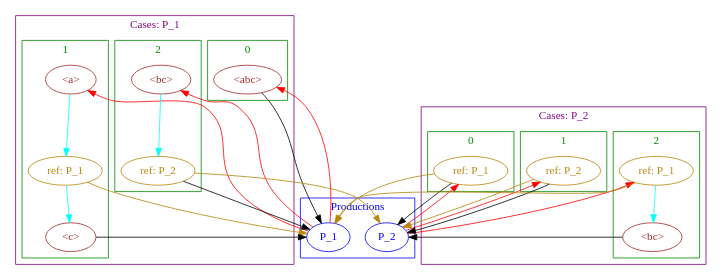
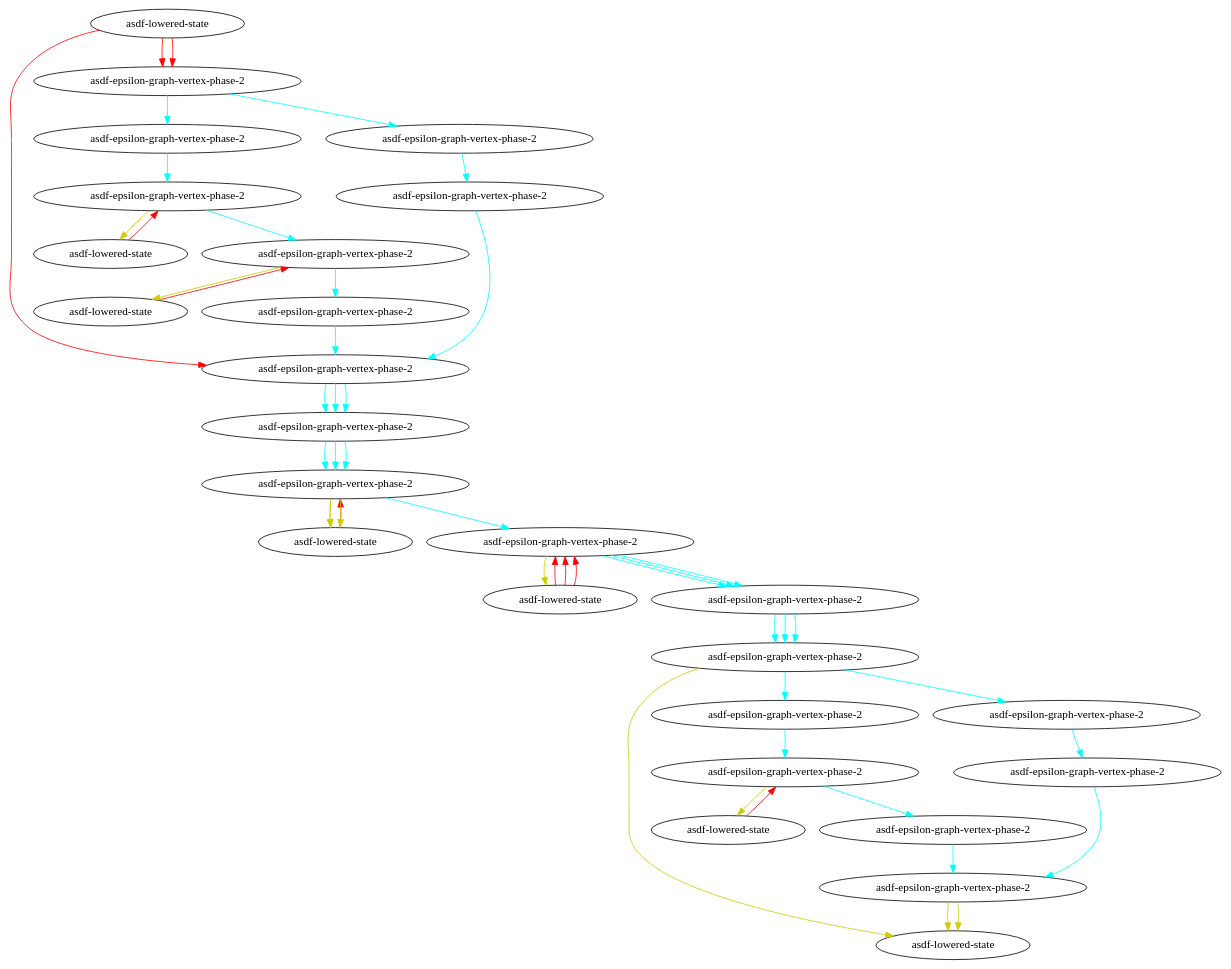
Before and after one commit to cosmicexplorer/simultaneous-productions: the diagram in graphviz-test-new.dot, drawn with Graphviz. The commit also changed 4 other files, not shown here.

Commit message:
initial impl of graphviz for PreprocessedGrammar

```diff
--- a/graphviz-test-new.dot
+++ b/graphviz-test-new.dot
@@ -1,142 +1,151 @@
-digraph test_sp_graph {
+digraph test_graph {
   compound = true;
 
-  subgraph prods {
-    label = "Productions";
-    cluster = true;
-    rank = same;
+  lowered_state_0[label="asdf-lowered-state", ];
 
-    color = "blue";
-    fontcolor = "blue";
-    node [color="blue", fontcolor="blue", ];
+  lowered_state_1[label="asdf-lowered-state", ];
 
-    prod_P_1[label="P_1", ];
-    prod_P_2[label="P_2", ];
-  }
+  lowered_state_2[label="asdf-lowered-state", ];
 
-  subgraph P_1_prod {
-    label = "Cases: P_1";
-    cluster = true;
-    rank = same;
+  lowered_state_3[label="asdf-lowered-state", ];
 
-    color = "purple";
-    fontcolor = "purple";
+  lowered_state_4[label="asdf-lowered-state", ];
 
-    subgraph P_1_case_0 {
-      label = "0";
-      cluster = true;
-      rank = same;
+  lowered_state_5[label="asdf-lowered-state", ];
 
-      color = "green4";
-      fontcolor = "green4";
+  lowered_state_6[label="asdf-lowered-state", ];
 
-      vertex_0[label="<abc>", color="brown", fontcolor="brown", ];
-    }
-    subgraph P_1_case_1 {
-      label = "1";
-      cluster = true;
-      rank = same;
+  epsilon_graph_vertex_phase_2_0[label="asdf-epsilon-graph-vertex-phase-2", ];
 
-      color = "green4";
-      fontcolor = "green4";
+  epsilon_graph_vertex_phase_2_1[label="asdf-epsilon-graph-vertex-phase-2", ];
 
-      vertex_1[label="<a>", color="brown", fontcolor="brown", ];
-      vertex_2[label="ref: P_1", color="darkgoldenrod", fontcolor="darkgoldenrod", ];
-      vertex_3[label="<c>", color="brown", fontcolor="brown", ];
-    }
-    subgraph P_1_case_2 {
-      label = "2";
-      cluster = true;
-      rank = same;
+  epsilon_graph_vertex_phase_2_2[label="asdf-epsilon-graph-vertex-phase-2", ];
 
-      color = "green4";
-      fontcolor = "green4";
+  epsilon_graph_vertex_phase_2_3[label="asdf-epsilon-graph-vertex-phase-2", ];
 
-      vertex_4[label="<bc>", color="brown", fontcolor="brown", ];
-      vertex_5[label="ref: P_2", color="darkgoldenrod", fontcolor="darkgoldenrod", ];
-    }
-  }
+  epsilon_graph_vertex_phase_2_4[label="asdf-epsilon-graph-vertex-phase-2", ];
 
-  prod_P_1 -> vertex_0[color="red", ];
+  epsilon_graph_vertex_phase_2_5[label="asdf-epsilon-graph-vertex-phase-2", ];
 
-  vertex_0 -> prod_P_1[color="black", ];
+  epsilon_graph_vertex_phase_2_6[label="asdf-epsilon-graph-vertex-phase-2", ];
 
-  prod_P_1 -> vertex_1[color="red", ];
+  epsilon_graph_vertex_phase_2_7[label="asdf-epsilon-graph-vertex-phase-2", ];
 
-  vertex_2 -> prod_P_1[color="darkgoldenrod", ];
+  epsilon_graph_vertex_phase_2_8[label="asdf-epsilon-graph-vertex-phase-2", ];
 
-  vertex_1 -> vertex_2[color="aqua", ];
+  epsilon_graph_vertex_phase_2_9[label="asdf-epsilon-graph-vertex-phase-2", ];
 
-  vertex_2 -> vertex_3[color="aqua", ];
+  epsilon_graph_vertex_phase_2_10[label="asdf-epsilon-graph-vertex-phase-2", ];
 
-  vertex_3 -> prod_P_1[color="black", ];
+  epsilon_graph_vertex_phase_2_11[label="asdf-epsilon-graph-vertex-phase-2", ];
 
-  prod_P_1 -> vertex_4[color="red", ];
+  epsilon_graph_vertex_phase_2_12[label="asdf-epsilon-graph-vertex-phase-2", ];
 
-  vertex_5 -> prod_P_2[color="darkgoldenrod", ];
+  epsilon_graph_vertex_phase_2_13[label="asdf-epsilon-graph-vertex-phase-2", ];
 
-  vertex_4 -> vertex_5[color="aqua", ];
+  epsilon_graph_vertex_phase_2_14[label="asdf-epsilon-graph-vertex-phase-2", ];
 
-  vertex_5 -> prod_P_1[color="black", ];
+  epsilon_graph_vertex_phase_2_15[label="asdf-epsilon-graph-vertex-phase-2", ];
 
-  subgraph P_2_prod {
-    label = "Cases: P_2";
-    cluster = true;
-    rank = same;
+  epsilon_graph_vertex_phase_2_16[label="asdf-epsilon-graph-vertex-phase-2", ];
 
-    color = "purple";
-    fontcolor = "purple";
+  epsilon_graph_vertex_phase_2_17[label="asdf-epsilon-graph-vertex-phase-2", ];
 
-    subgraph P_2_case_0 {
-      label = "0";
-      cluster = true;
-      rank = same;
+  epsilon_graph_vertex_phase_2_18[label="asdf-epsilon-graph-vertex-phase-2", ];
 
-      color = "green4";
-      fontcolor = "green4";
+  lowered_state_0 -> epsilon_graph_vertex_phase_2_0[color="red", ];
 
-      vertex_6[label="ref: P_1", color="darkgoldenrod", fontcolor="darkgoldenrod", ];
-    }
-    subgraph P_2_case_1 {
-      label = "1";
-      cluster = true;
-      rank = same;
+  epsilon_graph_vertex_phase_2_0 -> epsilon_graph_vertex_phase_2_1[color="aqua", ];
 
-      color = "green4";
-      fontcolor = "green4";
+  epsilon_graph_vertex_phase_2_1 -> epsilon_graph_vertex_phase_2_2[color="aqua", ];
 
-      vertex_7[label="ref: P_2", color="darkgoldenrod", fontcolor="darkgoldenrod", ];
-    }
-    subgraph P_2_case_2 {
-      label = "2";
-      cluster = true;
-      rank = same;
+  epsilon_graph_vertex_phase_2_2 -> lowered_state_1[color="yellow3", ];
 
-      color = "green4";
-      fontcolor = "green4";
+  lowered_state_0 -> epsilon_graph_vertex_phase_2_3[color="red", ];
 
-      vertex_8[label="ref: P_1", color="darkgoldenrod", fontcolor="darkgoldenrod", ];
-      vertex_9[label="<bc>", color="brown", fontcolor="brown", ];
-    }
-  }
+  epsilon_graph_vertex_phase_2_3 -> epsilon_graph_vertex_phase_2_4[color="aqua", ];
 
-  vertex_6 -> prod_P_1[color="darkgoldenrod", ];
+  epsilon_graph_vertex_phase_2_4 -> epsilon_graph_vertex_phase_2_5[color="aqua", ];
 
-  prod_P_2 -> vertex_6[color="red", ];
+  epsilon_graph_vertex_phase_2_5 -> lowered_state_2[color="yellow3", ];
 
-  vertex_6 -> prod_P_2[color="black", ];
+  lowered_state_1 -> epsilon_graph_vertex_phase_2_2[color="red", ];
 
-  vertex_7 -> prod_P_2[color="darkgoldenrod", ];
+  epsilon_graph_vertex_phase_2_2 -> epsilon_graph_vertex_phase_2_6[color="aqua", ];
 
-  prod_P_2 -> vertex_7[color="red", ];
+  epsilon_graph_vertex_phase_2_6 -> lowered_state_3[color="yellow3", ];
 
-  vertex_7 -> prod_P_2[color="black", ];
+  lowered_state_2 -> epsilon_graph_vertex_phase_2_5[color="red", ];
 
-  vertex_8 -> prod_P_1[color="darkgoldenrod", ];
+  epsilon_graph_vertex_phase_2_5 -> epsilon_graph_vertex_phase_2_7[color="aqua", ];
 
-  prod_P_2 -> vertex_8[color="red", ];
+  epsilon_graph_vertex_phase_2_7 -> lowered_state_4[color="yellow3", ];
 
-  vertex_8 -> vertex_9[color="aqua", ];
+  lowered_state_5 -> epsilon_graph_vertex_phase_2_8[color="red", ];
 
-  vertex_9 -> prod_P_2[color="black", ];
+  epsilon_graph_vertex_phase_2_8 -> epsilon_graph_vertex_phase_2_9[color="aqua", ];
+
+  epsilon_graph_vertex_phase_2_9 -> epsilon_graph_vertex_phase_2_10[color="aqua", ];
+
+  epsilon_graph_vertex_phase_2_10 -> lowered_state_6[color="yellow3", ];
+
+  lowered_state_3 -> epsilon_graph_vertex_phase_2_6[color="red", ];
+
+  epsilon_graph_vertex_phase_2_6 -> epsilon_graph_vertex_phase_2_11[color="aqua", ];
+
+  epsilon_graph_vertex_phase_2_11 -> epsilon_graph_vertex_phase_2_12[color="aqua", ];
+
+  epsilon_graph_vertex_phase_2_12 -> lowered_state_6[color="yellow3", ];
+
+  lowered_state_0 -> epsilon_graph_vertex_phase_2_3[color="red", ];
+
+  epsilon_graph_vertex_phase_2_3 -> epsilon_graph_vertex_phase_2_13[color="aqua", ];
+
+  epsilon_graph_vertex_phase_2_13 -> epsilon_graph_vertex_phase_2_14[color="aqua", ];
+
+  epsilon_graph_vertex_phase_2_14 -> epsilon_graph_vertex_phase_2_0[color="aqua", ];
+
+  epsilon_graph_vertex_phase_2_0 -> epsilon_graph_vertex_phase_2_1[color="aqua", ];
+
+  epsilon_graph_vertex_phase_2_1 -> epsilon_graph_vertex_phase_2_2[color="aqua", ];
+
+  epsilon_graph_vertex_phase_2_2 -> lowered_state_1[color="yellow3", ];
+
+  lowered_state_3 -> epsilon_graph_vertex_phase_2_6[color="red", ];
+
+  epsilon_graph_vertex_phase_2_6 -> epsilon_graph_vertex_phase_2_11[color="aqua", ];
+
+  epsilon_graph_vertex_phase_2_11 -> epsilon_graph_vertex_phase_2_12[color="aqua", ];
+
+  epsilon_graph_vertex_phase_2_12 -> epsilon_graph_vertex_phase_2_15[color="aqua", ];
+
+  epsilon_graph_vertex_phase_2_15 -> epsilon_graph_vertex_phase_2_8[color="aqua", ];
+
+  epsilon_graph_vertex_phase_2_8 -> lowered_state_5[color="yellow3", ];
+
+  lowered_state_4 -> epsilon_graph_vertex_phase_2_7[color="red", ];
+
+  epsilon_graph_vertex_phase_2_7 -> epsilon_graph_vertex_phase_2_16[color="aqua", ];
+
+  epsilon_graph_vertex_phase_2_16 -> epsilon_graph_vertex_phase_2_0[color="aqua", ];
+
+  epsilon_graph_vertex_phase_2_0 -> epsilon_graph_vertex_phase_2_1[color="aqua", ];
+
+  epsilon_graph_vertex_phase_2_1 -> epsilon_graph_vertex_phase_2_2[color="aqua", ];
+
+  epsilon_graph_vertex_phase_2_2 -> lowered_state_1[color="yellow3", ];
+
+  lowered_state_3 -> epsilon_graph_vertex_phase_2_6[color="red", ];
+
+  epsilon_graph_vertex_phase_2_6 -> epsilon_graph_vertex_phase_2_11[color="aqua", ];
+
+  epsilon_graph_vertex_phase_2_11 -> epsilon_graph_vertex_phase_2_12[color="aqua", ];
+
+  epsilon_graph_vertex_phase_2_12 -> epsilon_graph_vertex_phase_2_17[color="aqua", ];
+
+  epsilon_graph_vertex_phase_2_17 -> epsilon_graph_vertex_phase_2_18[color="aqua", ];
+
+  epsilon_graph_vertex_phase_2_18 -> epsilon_graph_vertex_phase_2_10[color="aqua", ];
+
+  epsilon_graph_vertex_phase_2_10 -> lowered_state_6[color="yellow3", ];
 }
```
